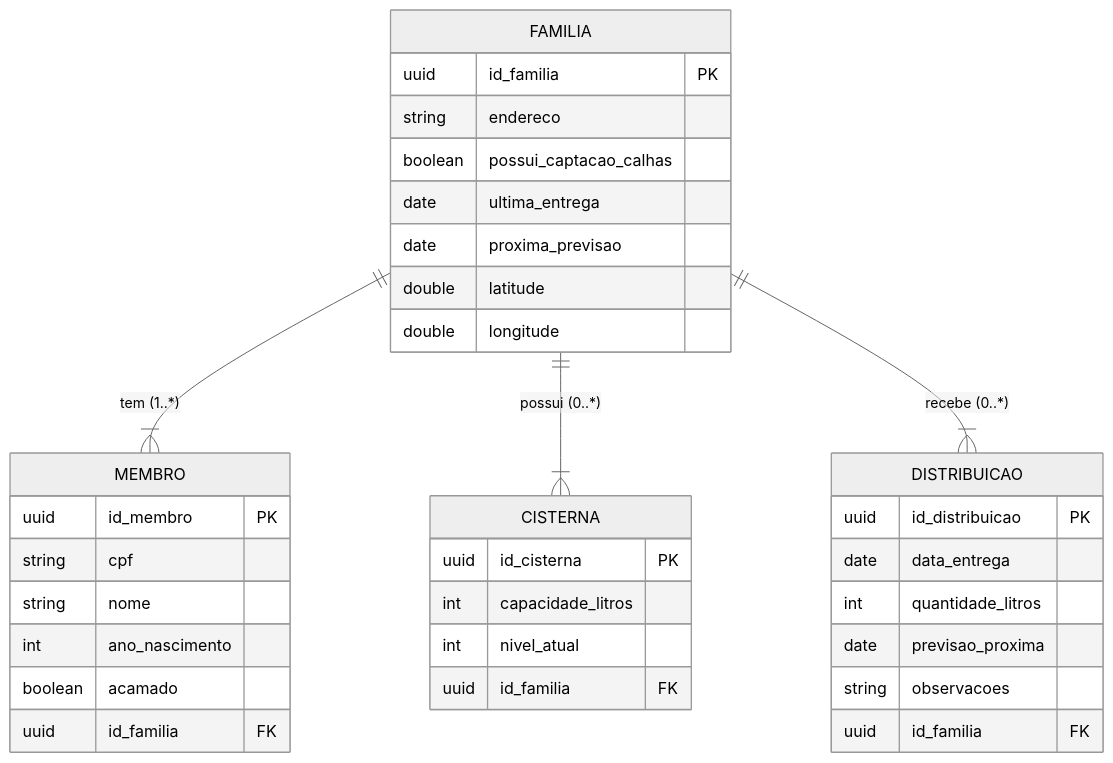
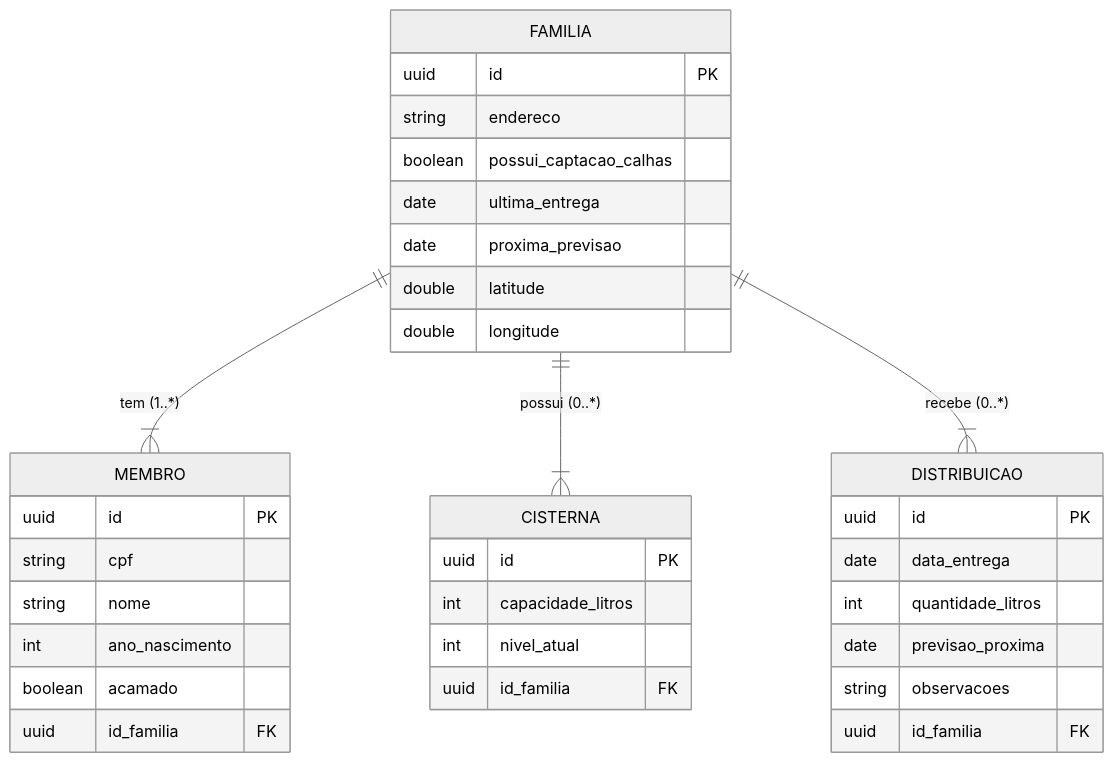
Before and after one commit to ricardoo-azevedo/Projeto-Back-End-Mais-Agua-Para-Nosso-Povo: the diagram in README.md, drawn with Mermaid (neutral theme).

Commit message:
fix: corrigindo campos id

````diff
--- a/README.md
+++ b/README.md
@@ -34,41 +34,41 @@
 ```mermaid
 erDiagram
     FAMILIA {
-        uuid id_familia PK
+        uuid id PK
         string endereco
         boolean possui_captacao_calhas
         date ultima_entrega
         date proxima_previsao
         double latitude
         double longitude
     }
 
     MEMBRO {
-        uuid id_membro PK
+        uuid id PK
         string cpf
         string nome
         int ano_nascimento
         boolean acamado
         uuid id_familia FK
     }
 
     CISTERNA {
-        uuid id_cisterna PK
+        uuid id PK
         int capacidade_litros
         int nivel_atual
         uuid id_familia FK
     }
 
     DISTRIBUICAO {
-        uuid id_distribuicao PK
+        uuid id PK
         date data_entrega
         int quantidade_litros
         date previsao_proxima
         string observacoes
         uuid id_familia FK
     }
 
     FAMILIA ||--|{ MEMBRO : "tem (1..*)"
     FAMILIA ||--|{ CISTERNA : "possui (0..*)"
     FAMILIA ||--|{ DISTRIBUICAO : "recebe (0..*)"
 ```
````
